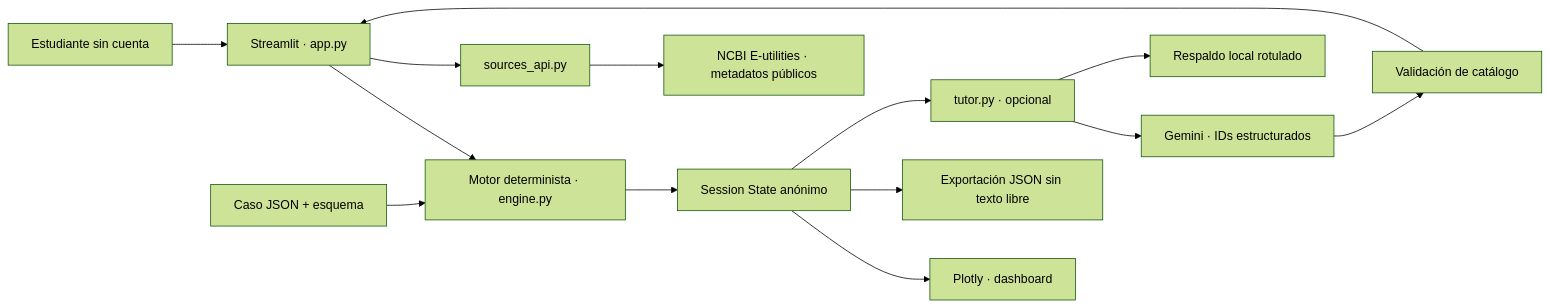
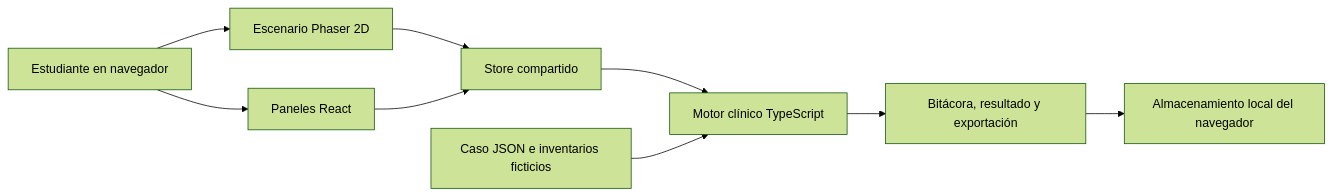
Before and after one commit to victorroman1998/simul-ande: the diagram in README.md, drawn with Mermaid (forest theme). The commit also changed other lines of this file, not shown here.

Commit message:
docs: make visual Phaser demo primary and clarify submission links

````diff
--- a/README.md
+++ b/README.md
@@ -62,16 +54,11 @@
 ```mermaid
 flowchart LR
-    U[Estudiante sin cuenta] --> UI[Streamlit · app.py]
-    UI --> E[Motor determinista · engine.py]
-    C[Caso JSON + esquema] --> E
-    E --> S[Session State anónimo]
-    S --> D[Plotly · dashboard]
-    S --> X[Exportación JSON sin texto libre]
-    UI --> B[sources_api.py]
-    B --> N[NCBI E-utilities · metadatos públicos]
-    S --> T[tutor.py · opcional]
-    T --> G[Gemini · IDs estructurados]
-    G --> V[Validación de catálogo]
-    V --> UI
-    T --> F[Respaldo local rotulado]
+  U[Estudiante en navegador] --> C[Escenario Phaser 2D]
+  U --> R[Paneles React]
+  C --> S[Store compartido]
+  R --> S
+  S --> E[Motor clínico TypeScript]
+  J[Caso JSON e inventarios ficticios] --> E
+  E --> O[Bitácora, resultado y exportación]
+  O --> L[Almacenamiento local del navegador]
 ```
````
